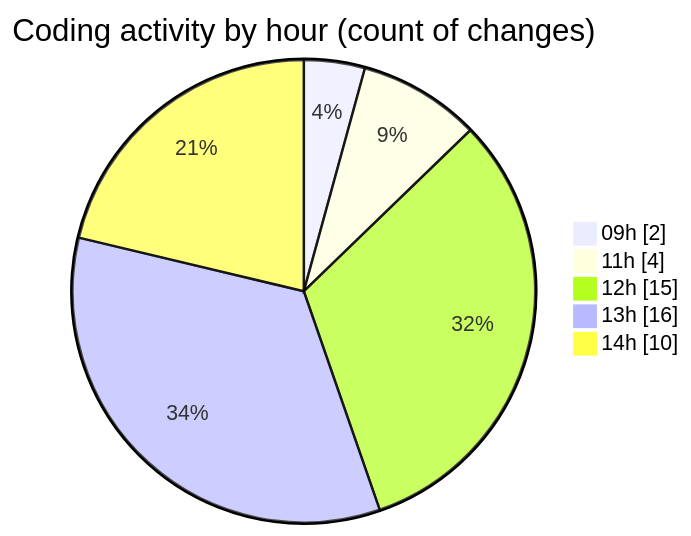
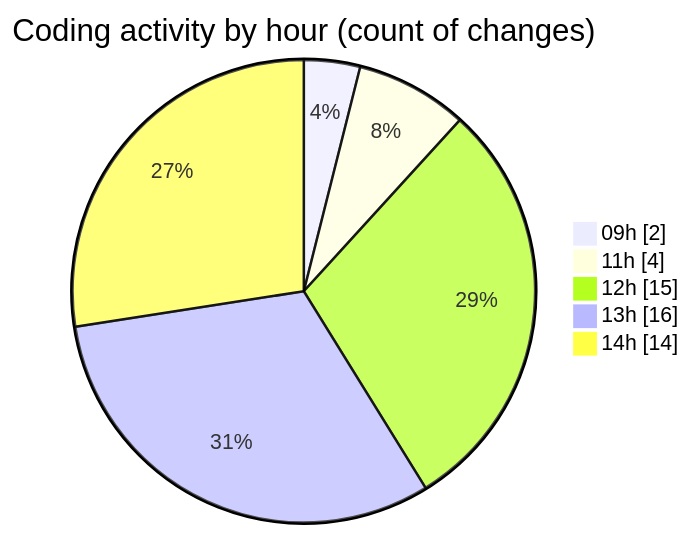
Before and after one commit to Elitesun/code-tracking: the second of 2 diagrams in 2025-04-30/niten/README.md, drawn with Mermaid. The commit also changed other lines of this file and 1 other file, not shown here.

````diff
--- a/2025-04-30/niten/README.md
+++ b/2025-04-30/niten/README.md
@@ -48,9 +49,9 @@
 ```mermaid
 pie showData
 title Coding activity by hour (count of changes)
 "09h" : 2
 "11h" : 4
 "12h" : 15
 "13h" : 16
-"14h" : 10
+"14h" : 14
 ```
````
